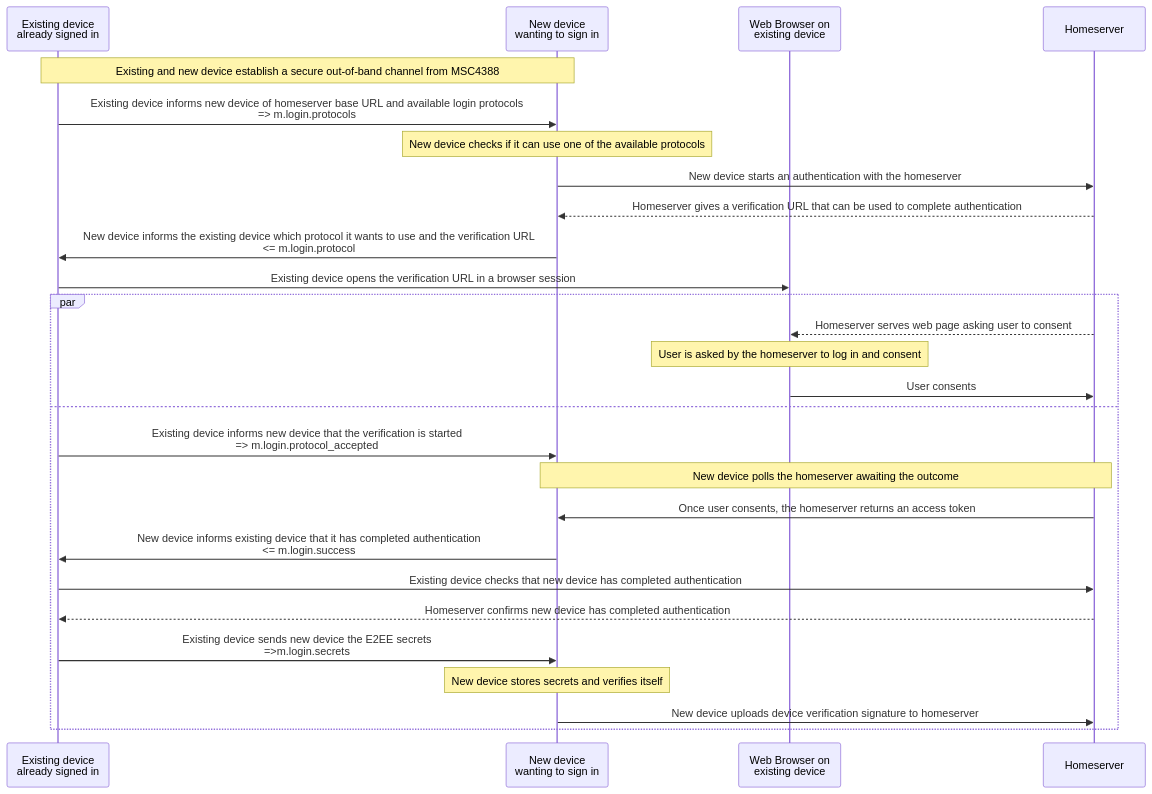
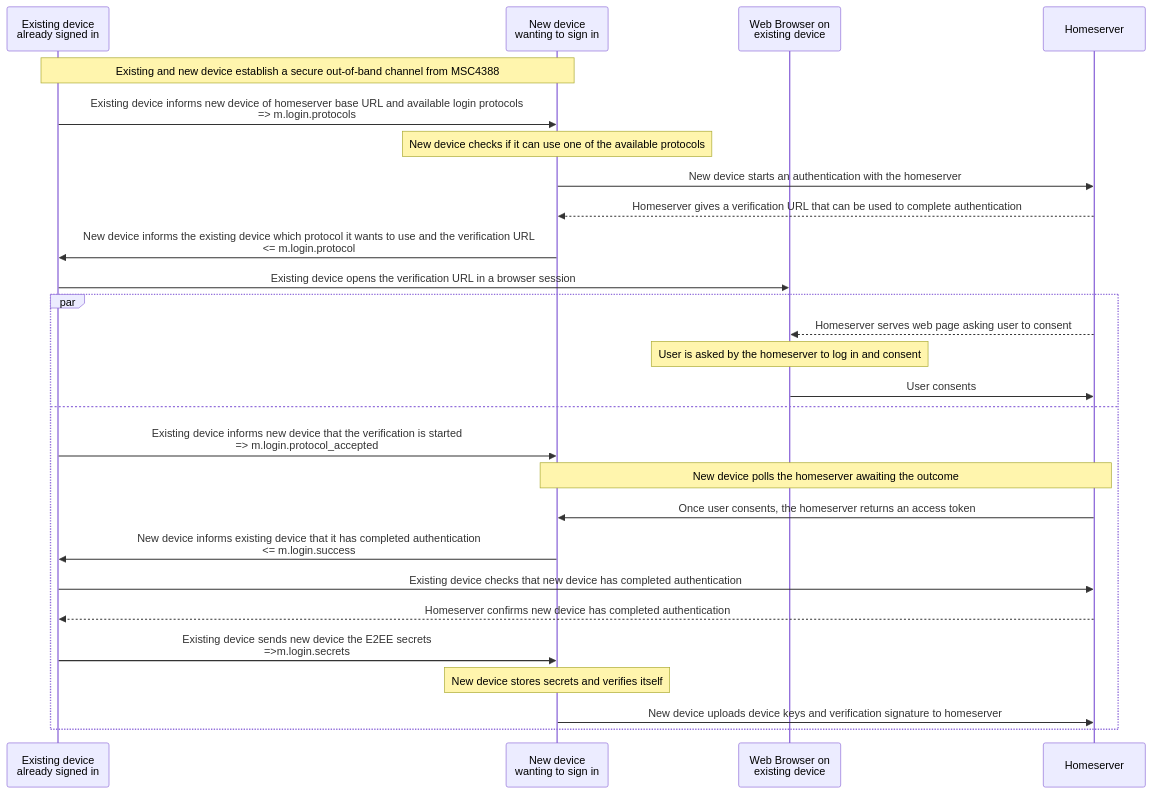
The first of 5 diagrams in proposals/4108-oidc-qr-login.md (matrix-org/matrix-spec-proposals), drawn with Mermaid before and after one commit. The commit also changed other lines of this file, not shown here.

````diff
--- a/proposals/4108-oidc-qr-login.md
+++ b/proposals/4108-oidc-qr-login.md
@@ -36,42 +36,42 @@
 ```mermaid
 sequenceDiagram
     participant E as Existing device <br>already signed in
     participant N as New device <br>wanting to sign in
     participant UA as Web Browser on<br>existing device
     participant HS as Homeserver
 
     note over N,E: Existing and new device establish a secure out-of-band channel from MSC4388
 
     E->>N: Existing device informs new device of homeserver base URL and available login protocols<br>=> m.login.protocols
 
     note over N: New device checks if it can use one of the available protocols
 
     N->>HS: New device starts an authentication with the homeserver
 
     HS-->>N: Homeserver gives a verification URL that can be used to complete authentication
 
     N->>E: New device informs the existing device which protocol it wants to use and the verification URL<br><= m.login.protocol
 
     E->>UA: Existing device opens the verification URL in a browser session
 
     par
         HS-->>UA: Homeserver serves web page asking user to consent
 
         note over UA: User is asked by the homeserver to log in and consent
         UA->>HS: User consents
     and
         E->>N: Existing device informs new device that the verification is started<br>=> m.login.protocol_accepted
 
         note over N, HS: New device polls the homeserver awaiting the outcome
     
 
         HS->>N: Once user consents, the homeserver returns an access token
         N->>E: New device informs existing device that it has completed authentication<br><= m.login.success
         E->>HS: Existing device checks that new device has completed authentication
         HS-->>E: Homeserver confirms new device has completed authentication
         E->>N: Existing device sends new device the E2EE secrets<br>=>m.login.secrets
 
         note over N: New device stores secrets and verifies itself
-        N->>HS: New device uploads device verification signature to homeserver
+        N->>HS: New device uploads device keys and verification signature to homeserver
     end
 ```
````
